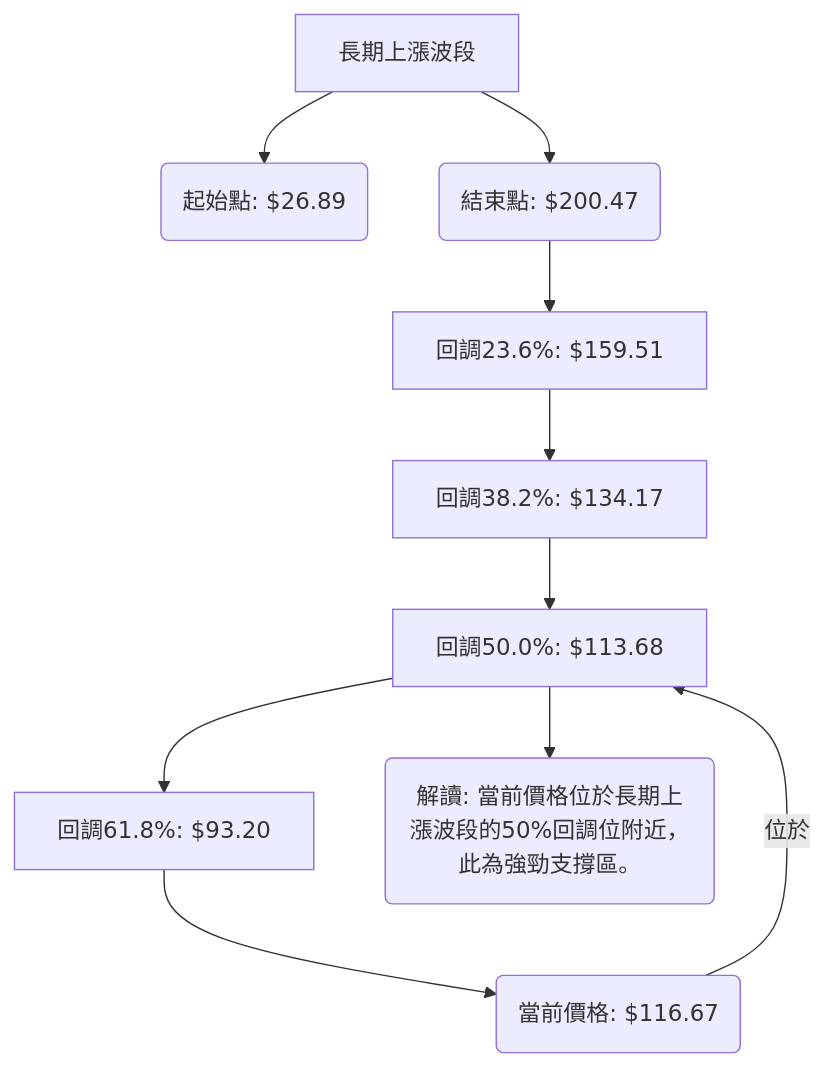
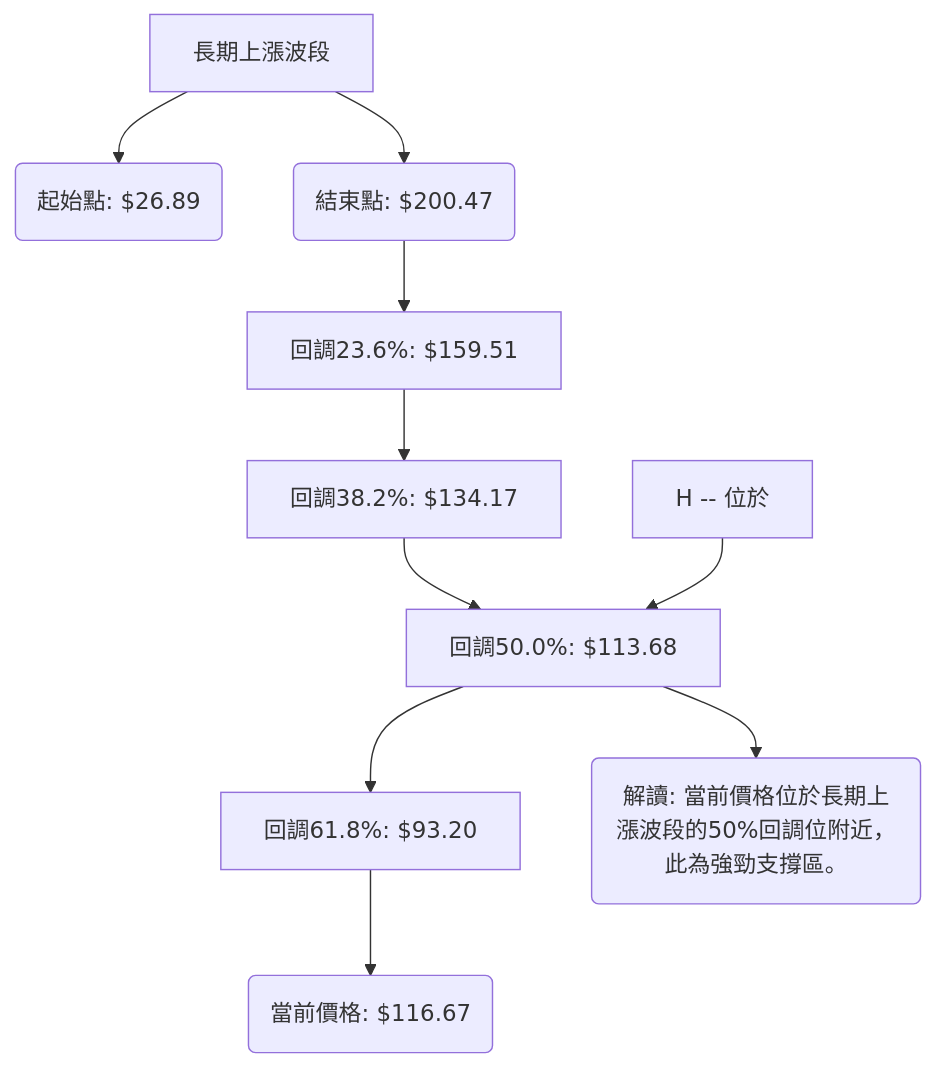
Before and after one commit to yennanliu/finance_data: the fifth of 12 diagrams in ai_gen_report/stock/pltr/technical_analysis_2026-07-01_gemini.md, drawn with Mermaid. The commit also changed other lines of this file and 2258 other files, not shown here.

First line of the commit message:
chore: backfill Mermaid syntax repair across existing reports

````diff
--- a/ai_gen_report/stock/pltr/technical_analysis_2026-07-01_gemini.md
+++ b/ai_gen_report/stock/pltr/technical_analysis_2026-07-01_gemini.md
@@ -361,12 +361,12 @@
 ```mermaid
 graph TD
-    A[長期上漲波段] --> B(起始點: $26.89)
-    A --> C(結束點: $200.47)
-    C --> D[回調23.6%: $159.51]
-    D --> E[回調38.2%: $134.17]
-    E --> F[回調50.0%: $113.68]
-    F --> G[回調61.8%: $93.20]
-    G --> H(當前價格: $116.67)
-    H -- 位於 --> F
-    F --> I(解讀: 當前價格位於長期上漲波段的50%回調位附近，此為強勁支撐區。)
+    A["長期上漲波段"] --> B("起始點: $26.89")
+    A --> C("結束點: $200.47")
+    C --> D["回調23.6%: $159.51"]
+    D --> E["回調38.2%: $134.17"]
+    E --> F["回調50.0%: $113.68"]
+    F --> G["回調61.8%: $93.20"]
+    G --> H("當前價格: $116.67")
+    nb1["H -- 位於"] --> F
+    F --> I("解讀: 當前價格位於長期上漲波段的50%回調位附近，此為強勁支撐區。")
 ```
````
